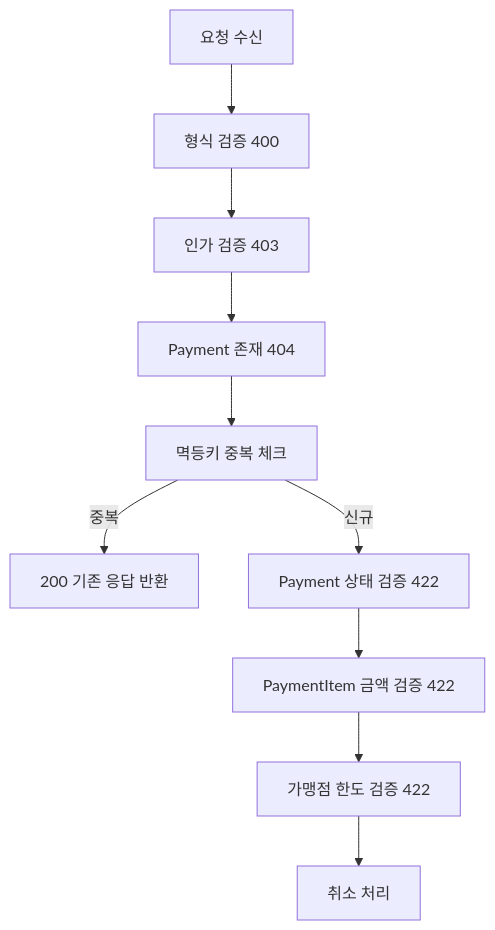
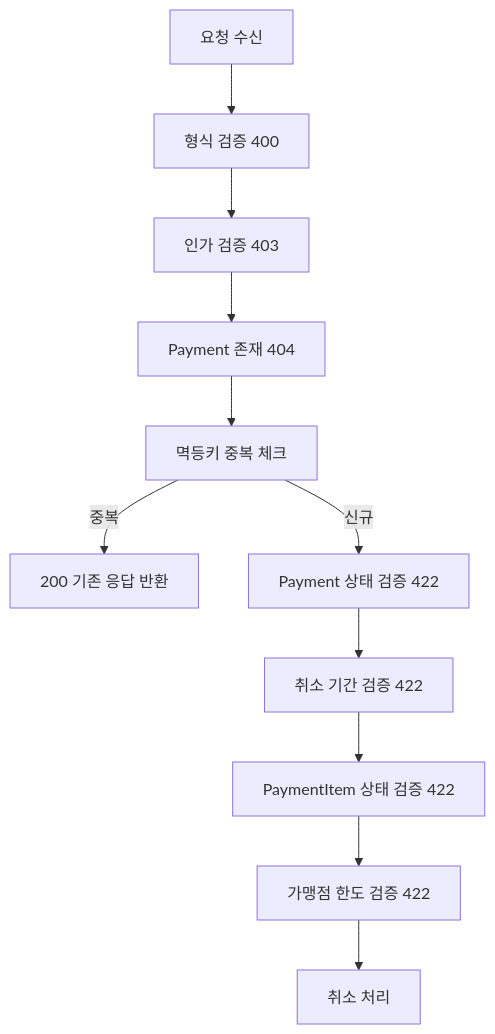
The fourth of 6 diagrams in sysdesign/design-review.md (lsc713/docswithmulti), drawn with Mermaid before and after one commit. The commit also changed other lines of this file and 2 other files, not shown here.

````diff
--- a/sysdesign/design-review.md
+++ b/sysdesign/design-review.md
@@ -568,12 +569,13 @@
 ```mermaid
 flowchart TD
   A[요청 수신] --> B[형식 검증 400]
   B --> C[인가 검증 403]
   C --> D[Payment 존재 404]
   D --> E[멱등키 중복 체크]
   E -->|중복| F[200 기존 응답 반환]
   E -->|신규| G[Payment 상태 검증 422]
-  G --> H[PaymentItem 금액 검증 422]
-  H --> I[가맹점 한도 검증 422]
-  I --> J[취소 처리]
+  G --> H[취소 기간 검증 422]
+  H --> I[PaymentItem 상태 검증 422]
+  I --> J[가맹점 한도 검증 422]
+  J --> K[취소 처리]
 ```
````
